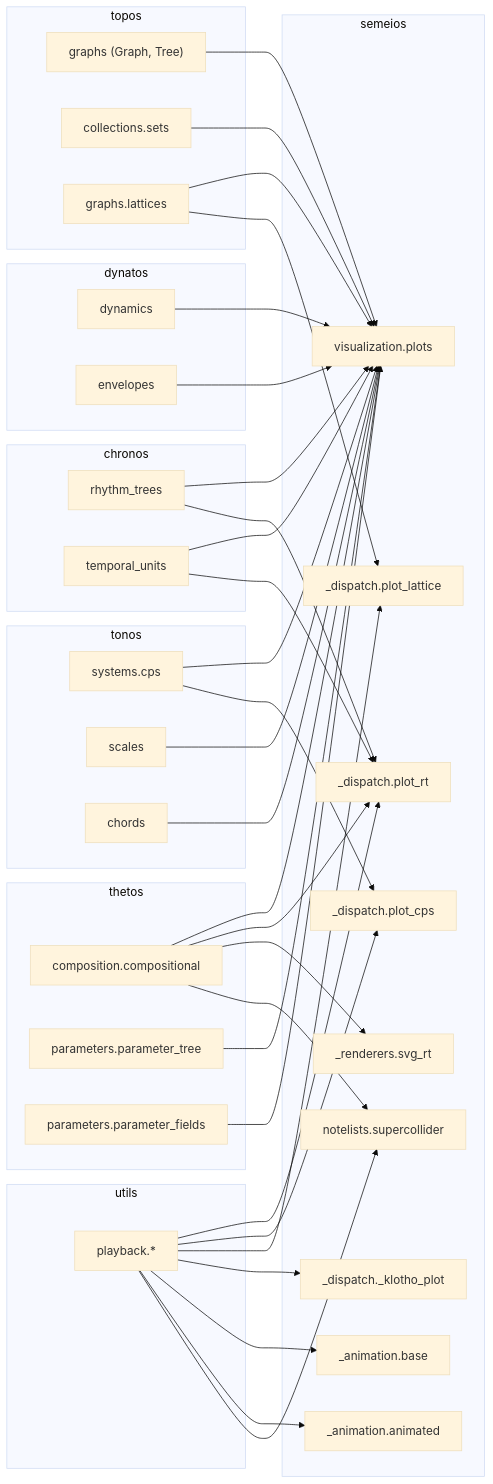
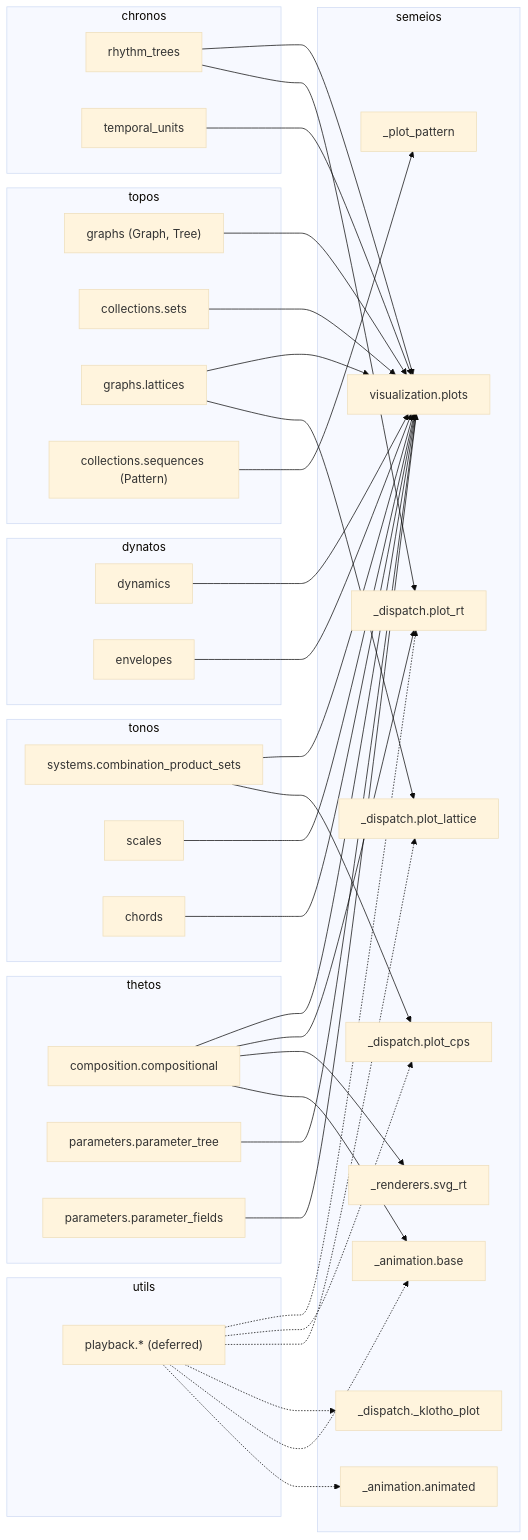
Before and after one commit to kr4g/Klotho: the sixth of 7 diagrams in docs/architecture/13_IMPORT_GRAPH.md, drawn with Mermaid (base theme). The commit also changed other lines of this file and 13 other files, not shown here.

First line of the commit message:
Overhaul architecture docs for Klotho 10.x API

````diff
--- a/docs/architecture/13_IMPORT_GRAPH.md
+++ b/docs/architecture/13_IMPORT_GRAPH.md
@@ -295,75 +307,75 @@
 ```mermaid
 flowchart LR
     subgraph semeios
         plots["visualization.plots"]
         plot_rt["_dispatch.plot_rt"]
         plot_cps["_dispatch.plot_cps"]
         plot_lat["_dispatch.plot_lattice"]
+        plot_pat["_plot_pattern"]
         klotho_plot["_dispatch._klotho_plot"]
         svg_rt["_renderers.svg_rt"]
         anim_base["_animation.base"]
         anim["_animation.animated"]
-        notelists["notelists.supercollider"]
     end
 
     subgraph topos
         t_graph["graphs (Graph, Tree)"]
         t_sets["collections.sets"]
         t_lattice["graphs.lattices"]
+        t_seq["collections.sequences (Pattern)"]
     end
 
     subgraph chronos
         c_rt["rhythm_trees"]
         c_ut["temporal_units"]
     end
 
     subgraph tonos
-        cps_mod["systems.cps"]
+        cps_mod["systems.combination_product_sets"]
         scales["scales"]
         chords["chords"]
     end
 
     subgraph dynatos
         dyn["dynamics"]
         env["envelopes"]
     end
 
     subgraph thetos
         comp["composition.compositional"]
         param_tree["parameters.parameter_tree"]
         param_field["parameters.parameter_fields"]
     end
 
     subgraph utils
-        playback["playback.*"]
+        playback["playback.* (deferred)"]
     end
 
     t_graph --> plots
     t_sets --> plots
     t_lattice --> plots
+    t_seq --> plot_pat
     c_rt --> plots
     c_ut --> plots
     cps_mod --> plots
     scales --> plots
     chords --> plots
     dyn --> plots
     env --> plots
     comp --> plots
     param_tree --> plots
     param_field --> plots
 
     c_rt --> plot_rt
-    c_ut --> plot_rt
     comp --> plot_rt
     comp --> svg_rt
-    comp --> notelists
+    comp --> anim_base
     cps_mod --> plot_cps
     t_lattice --> plot_lat
-    playback --> plot_rt
-    playback --> plot_cps
-    playback --> plot_lat
-    playback --> klotho_plot
-    playback --> anim_base
-    playback --> anim
-    playback --> notelists
+    playback -.-> plot_rt
+    playback -.-> plot_cps
+    playback -.-> plot_lat
+    playback -.-> klotho_plot
+    playback -.-> anim_base
+    playback -.-> anim
 ```
````
